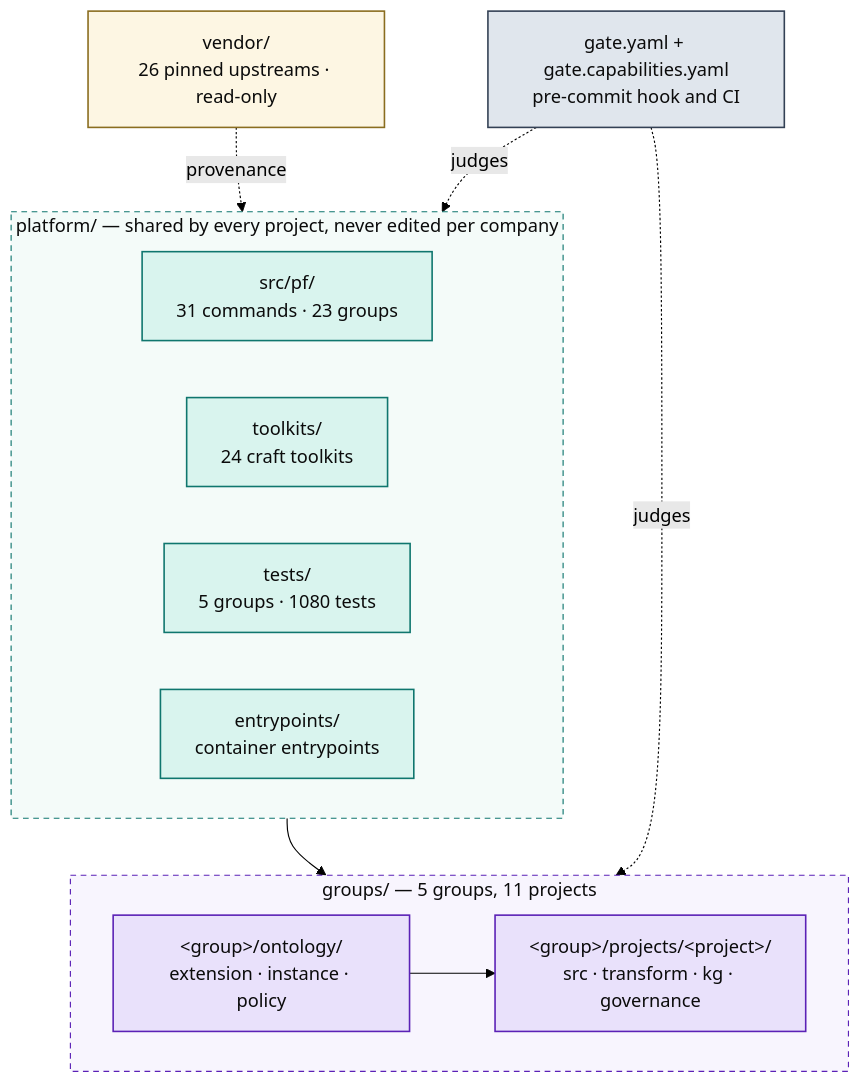
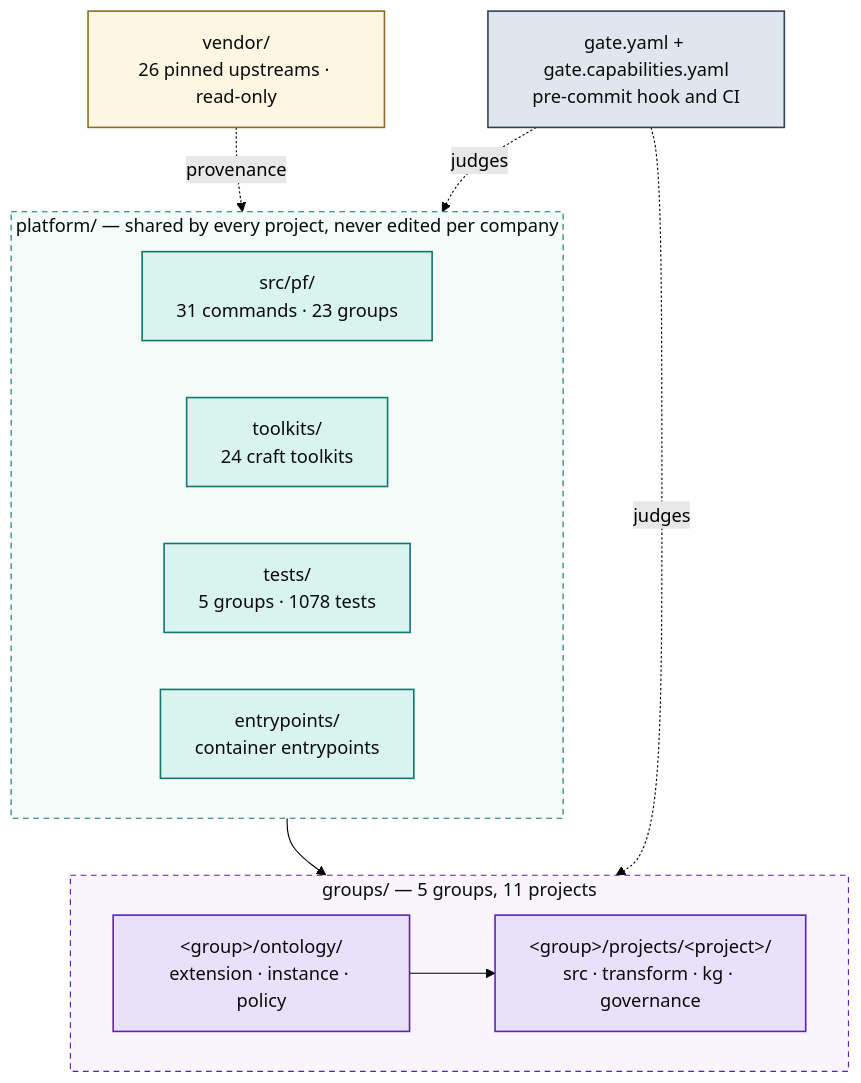
The first of 5 diagrams in docs/ARCHITECTURE.md (Atomz-org/data-platform), drawn with Mermaid (forest theme) before and after one commit. The commit also changed other lines of this file, not shown here.

Commit message:
chore: regenerate ARCHITECTURE.md from committed tree
The previous render counted an untracked local test file (1080 vs 1078).

````diff
--- a/docs/ARCHITECTURE.md
+++ b/docs/ARCHITECTURE.md
@@ -15,36 +15,36 @@
 ```mermaid
 flowchart TB
   subgraph SHARED["platform/ — shared by every project, never edited per company"]
     direction LR
     ENG["src/pf/<br/>31 commands · 23 groups"]
     TK["toolkits/<br/>24 craft toolkits"]
-    TST["tests/<br/>5 groups · 1080 tests"]
+    TST["tests/<br/>5 groups · 1078 tests"]
     ENT["entrypoints/<br/>container entrypoints"]
   end
 
   subgraph ENTITIES["groups/ — 5 groups, 11 projects"]
     direction LR
     GRP["&lt;group&gt;/ontology/<br/>extension · instance · policy"]
     PRJ["&lt;group&gt;/projects/&lt;project&gt;/<br/>src · transform · kg · governance"]
     GRP --> PRJ
   end
 
   VEN["vendor/<br/>26 pinned upstreams · read-only"]
   GATE["gate.yaml + gate.capabilities.yaml<br/>pre-commit hook and CI"]
 
   SHARED --> ENTITIES
   VEN -.provenance.-> SHARED
   GATE -.judges.-> ENTITIES
   GATE -.judges.-> SHARED
 
   classDef code fill:#d9f4ee,stroke:#0f766e,stroke-width:1.4px,color:#0b0b0b
   classDef data fill:#e9e1fb,stroke:#5b21b6,stroke-width:1.4px,color:#0b0b0b
   classDef gov fill:#e0e6ed,stroke:#334155,stroke-width:1.4px,color:#0b0b0b
   classDef ext fill:#fdf6e3,stroke:#8a6d1f,stroke-width:1.4px,color:#0b0b0b
   class ENG,TK,TST,ENT code
   class GRP,PRJ data
   class GATE gov
   class VEN ext
   style SHARED fill:#f4fbf9,stroke:#0f766e,stroke-dasharray:5 4,color:#0b0b0b
   style ENTITIES fill:#f8f5fe,stroke:#5b21b6,stroke-dasharray:5 4,color:#0b0b0b
 ```
````
